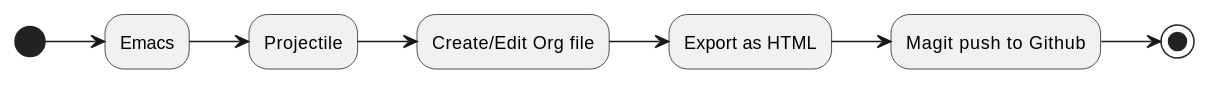
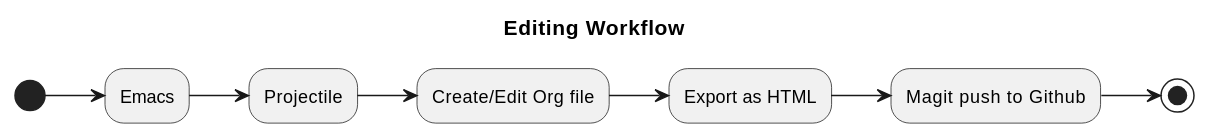
Before and after one commit to allanneildotcom/allanneil: the first of 2 diagrams in myWorkflow.org, drawn with PlantUML. The commit also changed other lines of this file and 1 other file, not shown here.

First line of the commit message:
corrected link to myWorkflow.html

```diff
--- a/myWorkflow.org
+++ b/myWorkflow.org
@@ -12,10 +12,16 @@
 #+BEGIN_SRC plantuml :file myworkflow.png :exports results
 skinparam monochrome true
 left to right direction
+title Editing Workflow
+'caption Editing Workflow
+'header This is a header
+'footer This is a footer
+'legend This is a legend
+
 (*) --> "Emacs"
 "Emacs" --> "Projectile"
 "Projectile" --> "Create/Edit Org file"
 "Create/Edit Org file" --> "Export as HTML"
 "Export as HTML" --> "Magit push to Github"
 "Magit push to Github" --> (*)
 #+END_SRC
```
